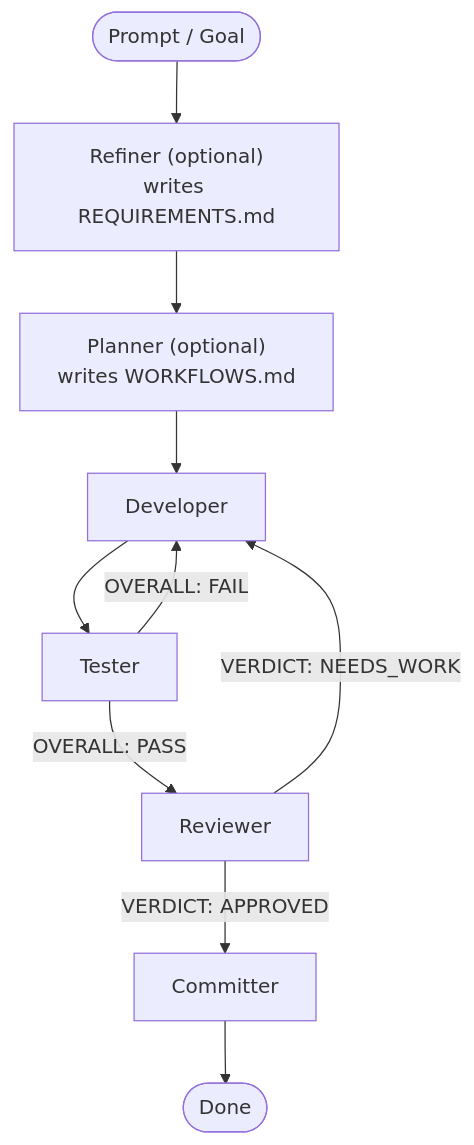
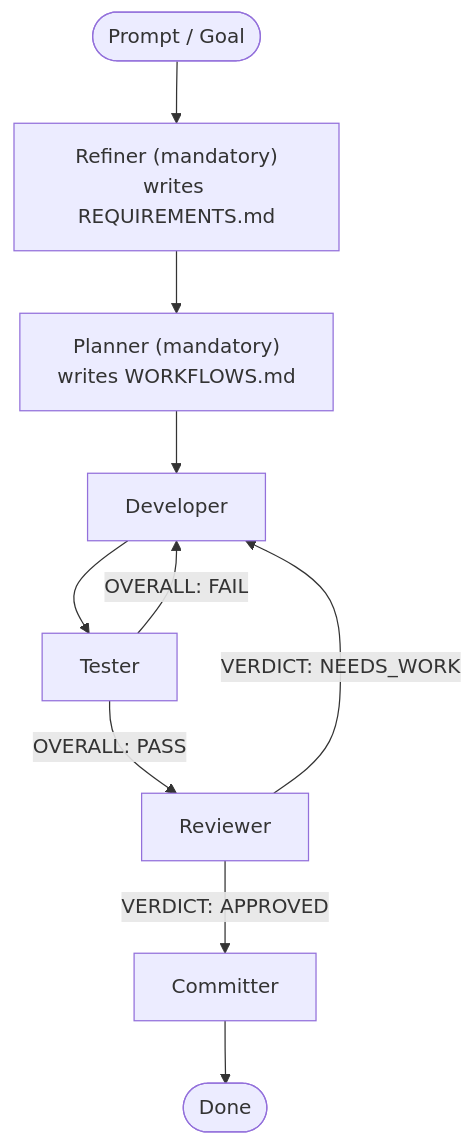
One commit to hjhun/dormammu changed the second of 3 diagrams in README.md. Above: the diagram before and after it, drawn with Mermaid. The commit also changed other lines of this file and 17 other files, not shown here.

````diff
--- a/README.md
+++ b/README.md
@@ -110,12 +117,12 @@
 ```mermaid
 flowchart TD
-    prompt([Prompt / Goal]) --> refiner["Refiner (optional)<br/>writes REQUIREMENTS.md"]
-    refiner --> planner["Planner (optional)<br/>writes WORKFLOWS.md"]
+    prompt([Prompt / Goal]) --> refiner["Refiner (mandatory)<br/>writes REQUIREMENTS.md"]
+    refiner --> planner["Planner (mandatory)<br/>writes WORKFLOWS.md"]
     planner --> developer[Developer]
     developer --> tester[Tester]
     tester -- "OVERALL: FAIL" --> developer
     tester -- "OVERALL: PASS" --> reviewer[Reviewer]
     reviewer -- "VERDICT: NEEDS_WORK" --> developer
     reviewer -- "VERDICT: APPROVED" --> committer[Committer]
     committer --> done([Done])
 ```
````
